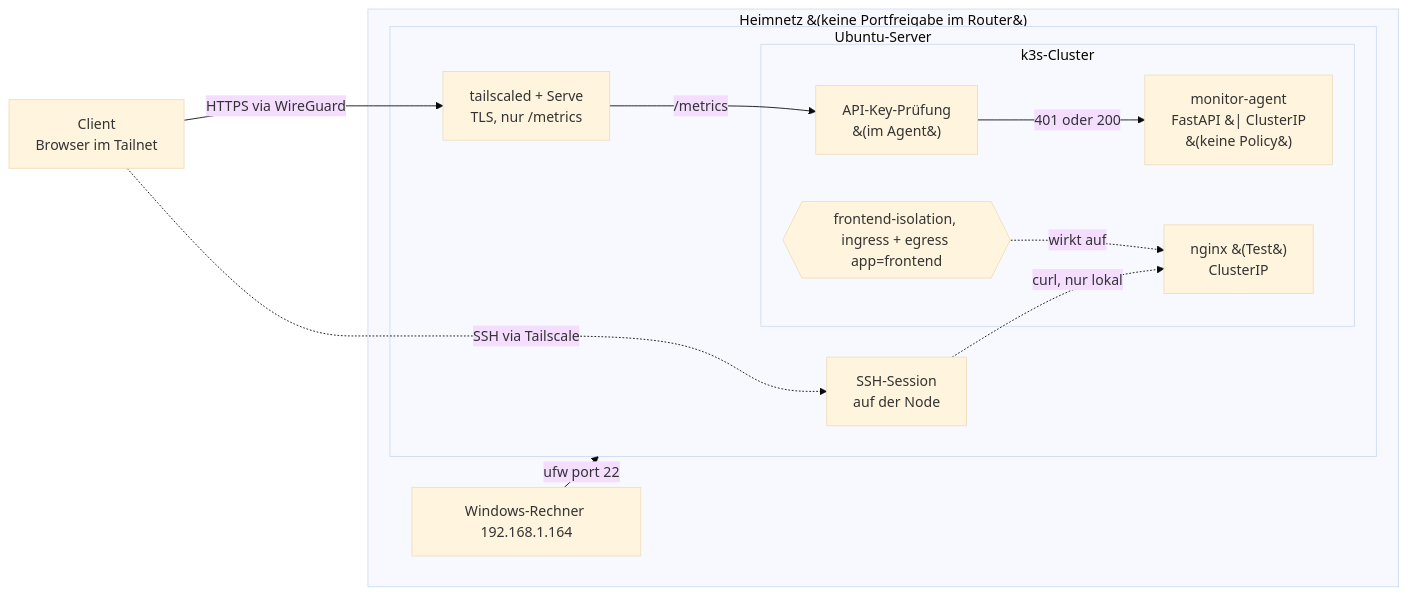
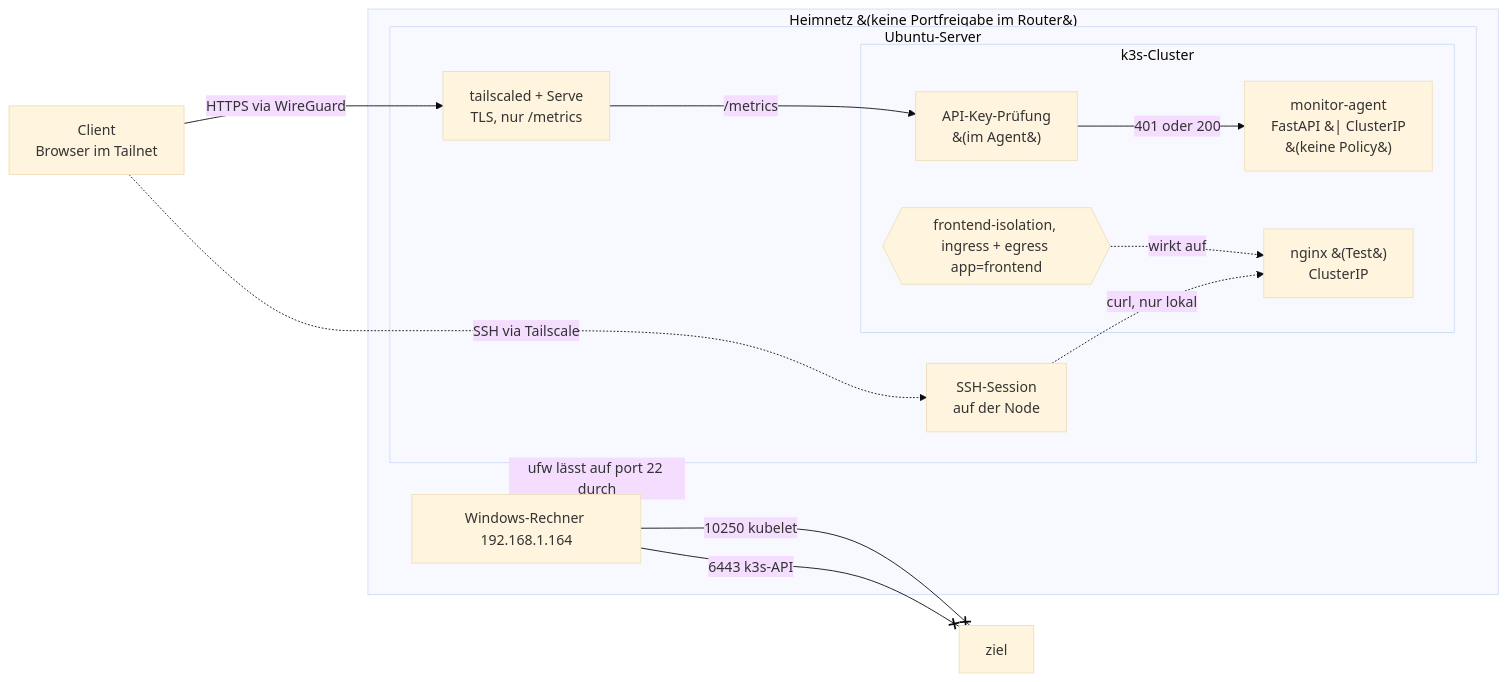
One commit to headnutAi/secure-homelab changed the diagram in README.md. Above: the diagram before and after it, drawn with Mermaid (base theme).

Commit message:
Update README with firewall and kubelet details

````diff
--- a/README.md
+++ b/README.md
@@ -31,28 +31,30 @@
 ```mermaid
 flowchart LR
     client["Client<br/>Browser im Tailnet"]
 
     subgraph home["Heimnetz &#40;keine Portfreigabe im Router&#41;"]
         device["Windows-Rechner 192.168.1.164"]
         subgraph host["Ubuntu-Server"]
             ts["tailscaled + Serve<br/>TLS, nur /metrics"]
             ssh["SSH-Session<br/>auf der Node"]
             
             subgraph k3s["k3s-Cluster"]
                 api["API-Key-Prüfung<br/>&#40;im Agent&#41;"]
                     nginx["nginx &#40;Test&#41;<br/>ClusterIP"]
                     Networkpolicy{{"frontend-isolation, ingress + egress app=frontend"}}
                     Networkpolicy -.-> |"wirkt auf"| nginx
                 
                 mon["monitor-agent<br/>FastAPI &#124; ClusterIP<br/>&#40;keine Policy&#41;"]
             end
             
             ts -->|"/metrics"| api
             api --> |"401 oder 200"| mon
             ssh -.->|"curl, nur lokal"| nginx
         end
     end
-    device -->|"ufw port 22"| host
+    device -->|"ufw lässt auf port 22 durch"| host
+    device --x|"10250 kubelet"| ziel
+    device --x|"6443 k3s-API"| ziel
     client -->|"HTTPS via WireGuard"| ts
     client -.->|"SSH via Tailscale"| ssh
 ```
````
